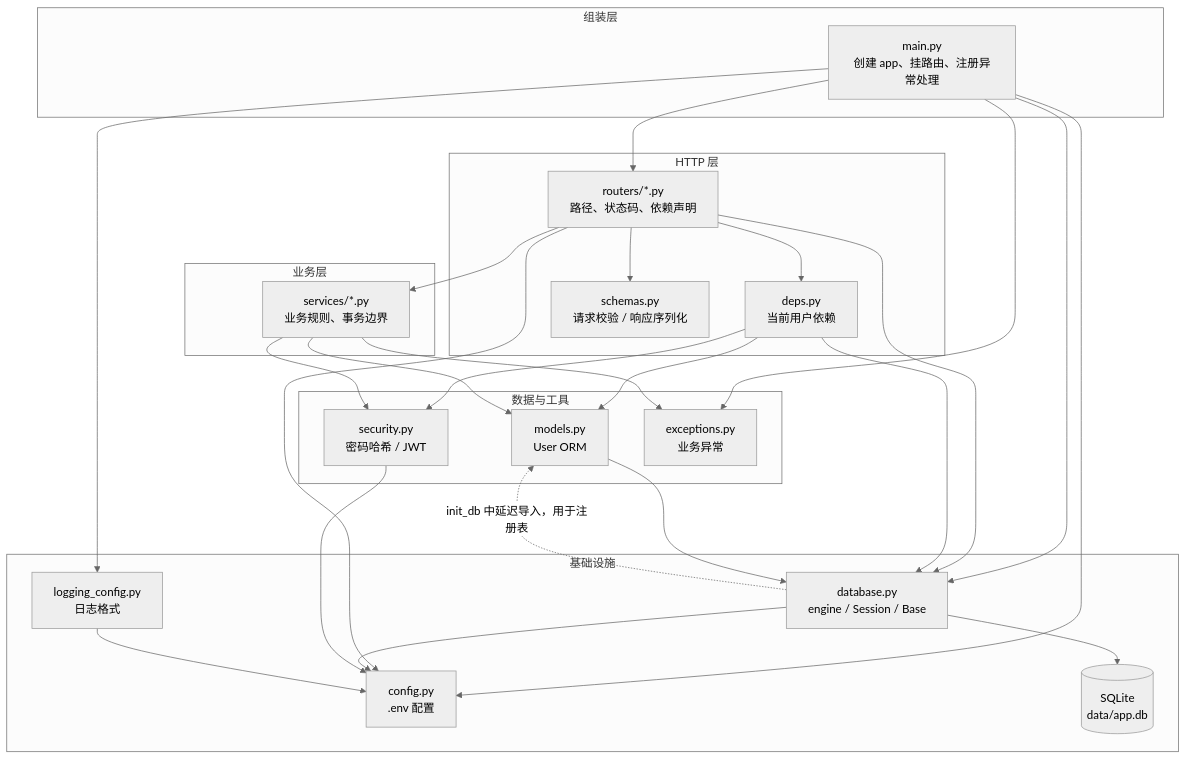
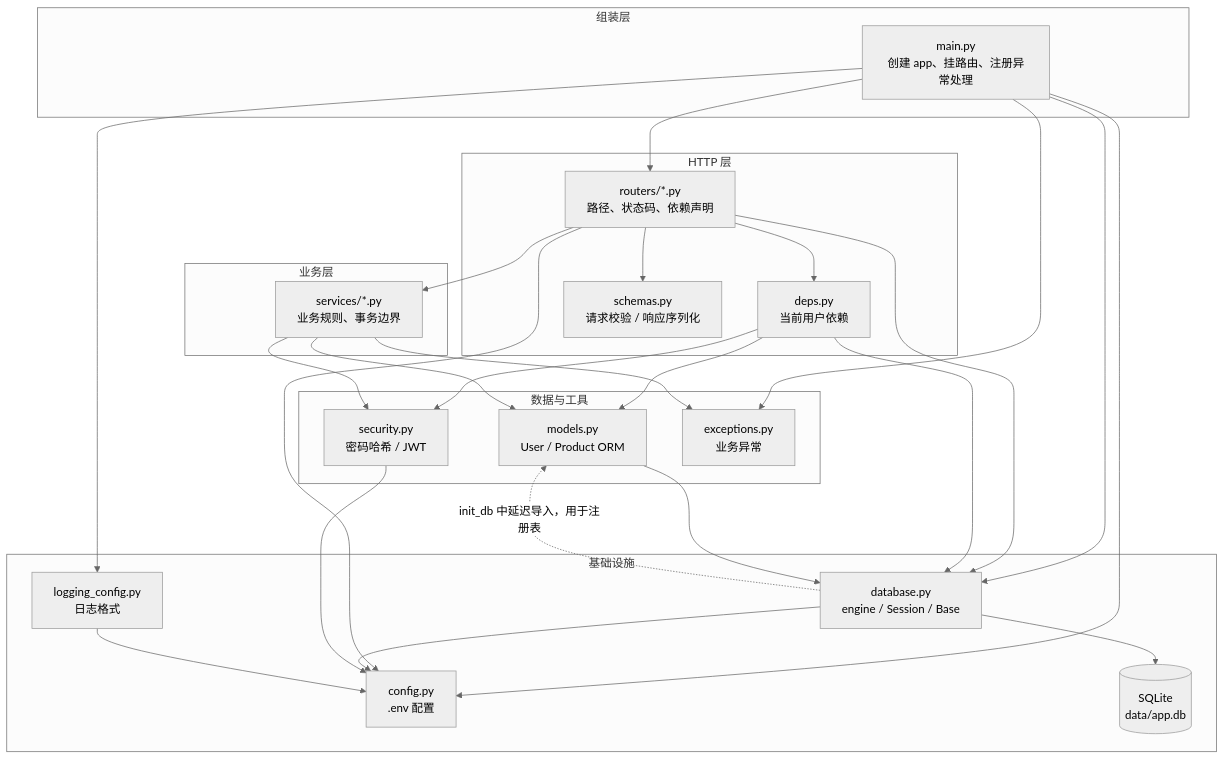
Before and after one commit to ImEleven11/MiniMall-Exercise: the first of 2 diagrams in docs/00-project-map.md, drawn with Mermaid (neutral theme). The commit also changed other lines of this file and 10 other files, not shown here.

````diff
--- a/docs/00-project-map.md
+++ b/docs/00-project-map.md
@@ -104,56 +104,56 @@
 ```mermaid
 flowchart TD
     subgraph L4["组装层"]
         MAIN["main.py<br/>创建 app、挂路由、注册异常处理"]
     end
 
     subgraph L3["HTTP 层"]
         ROUTERS["routers/*.py<br/>路径、状态码、依赖声明"]
         DEPS["deps.py<br/>当前用户依赖"]
         SCHEMAS["schemas.py<br/>请求校验 / 响应序列化"]
     end
 
     subgraph L2["业务层"]
         SERVICES["services/*.py<br/>业务规则、事务边界"]
     end
 
     subgraph L1["数据与工具"]
-        MODELS["models.py<br/>User ORM"]
+        MODELS["models.py<br/>User / Product ORM"]
         SECURITY["security.py<br/>密码哈希 / JWT"]
         EXCEPTIONS["exceptions.py<br/>业务异常"]
     end
 
     subgraph L0["基础设施"]
         DB["database.py<br/>engine / Session / Base"]
         CONFIG["config.py<br/>.env 配置"]
         LOGGING["logging_config.py<br/>日志格式"]
         SQLITE[("SQLite<br/>data/app.db")]
     end
 
     MAIN --> ROUTERS
     MAIN --> DB
     MAIN --> EXCEPTIONS
     MAIN --> LOGGING
     MAIN --> CONFIG
 
     ROUTERS --> SCHEMAS
     ROUTERS --> SERVICES
     ROUTERS --> DEPS
     ROUTERS --> DB
     ROUTERS --> CONFIG
 
     DEPS --> DB
     DEPS --> MODELS
     DEPS --> SECURITY
 
     SERVICES --> MODELS
     SERVICES --> SECURITY
     SERVICES --> EXCEPTIONS
 
     MODELS --> DB
     DB --> SQLITE
     DB --> CONFIG
     DB -. "init_db 中延迟导入，用于注册表" .-> MODELS
     SECURITY --> CONFIG
     LOGGING --> CONFIG
 ```
````
